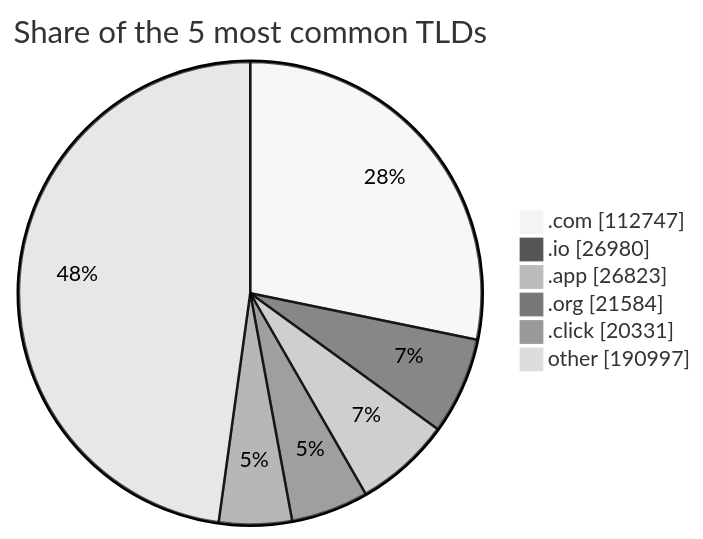
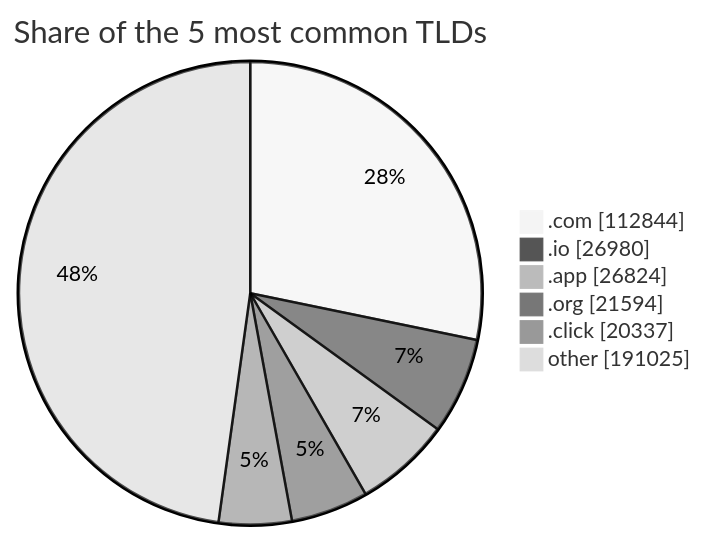
Before and after one commit to DNSBunker/CTI: the third of 3 diagrams in README.md, drawn with Mermaid (neutral theme). The commit also changed other lines of this file and 3 other files, not shown here.

````diff
--- a/README.md
+++ b/README.md
@@ -81,9 +81,9 @@
 ```mermaid
 pie showData title Share of the 5 most common TLDs
-    ".com" : 112747
+    ".com" : 112844
     ".io" : 26980
-    ".app" : 26823
-    ".org" : 21584
-    ".click" : 20331
-    "other" : 190997
+    ".app" : 26824
+    ".org" : 21594
+    ".click" : 20337
+    "other" : 191025
 ```
````
